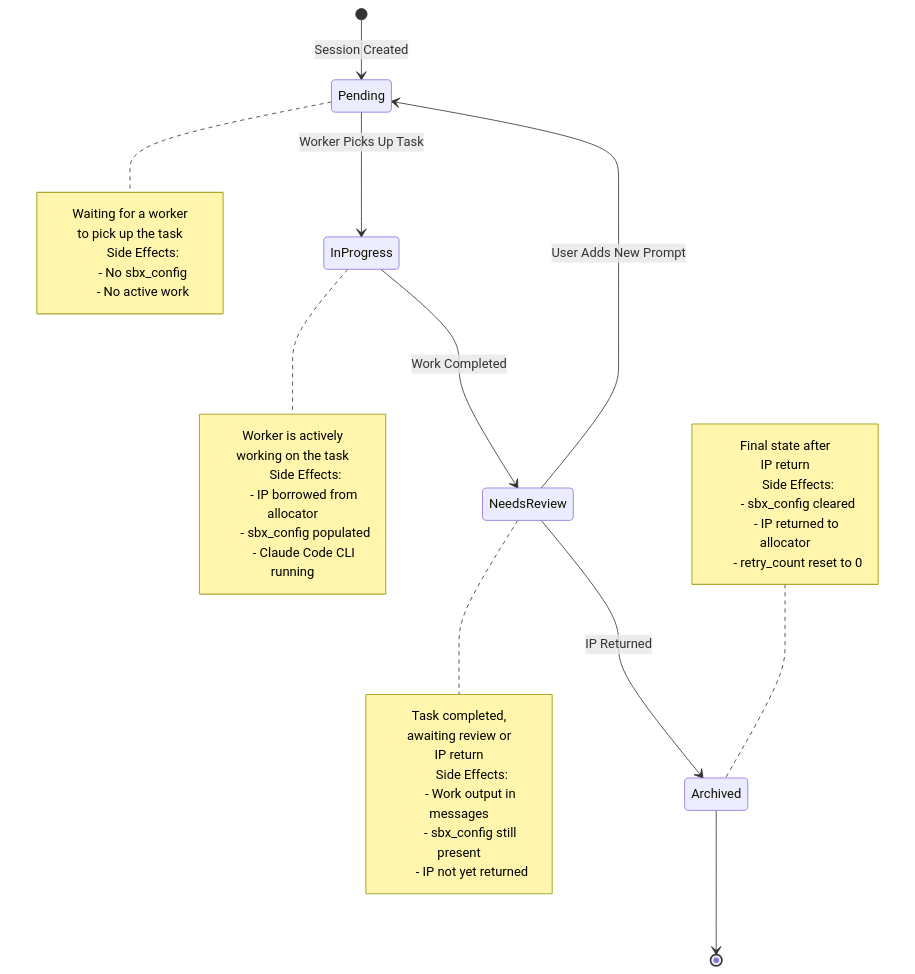
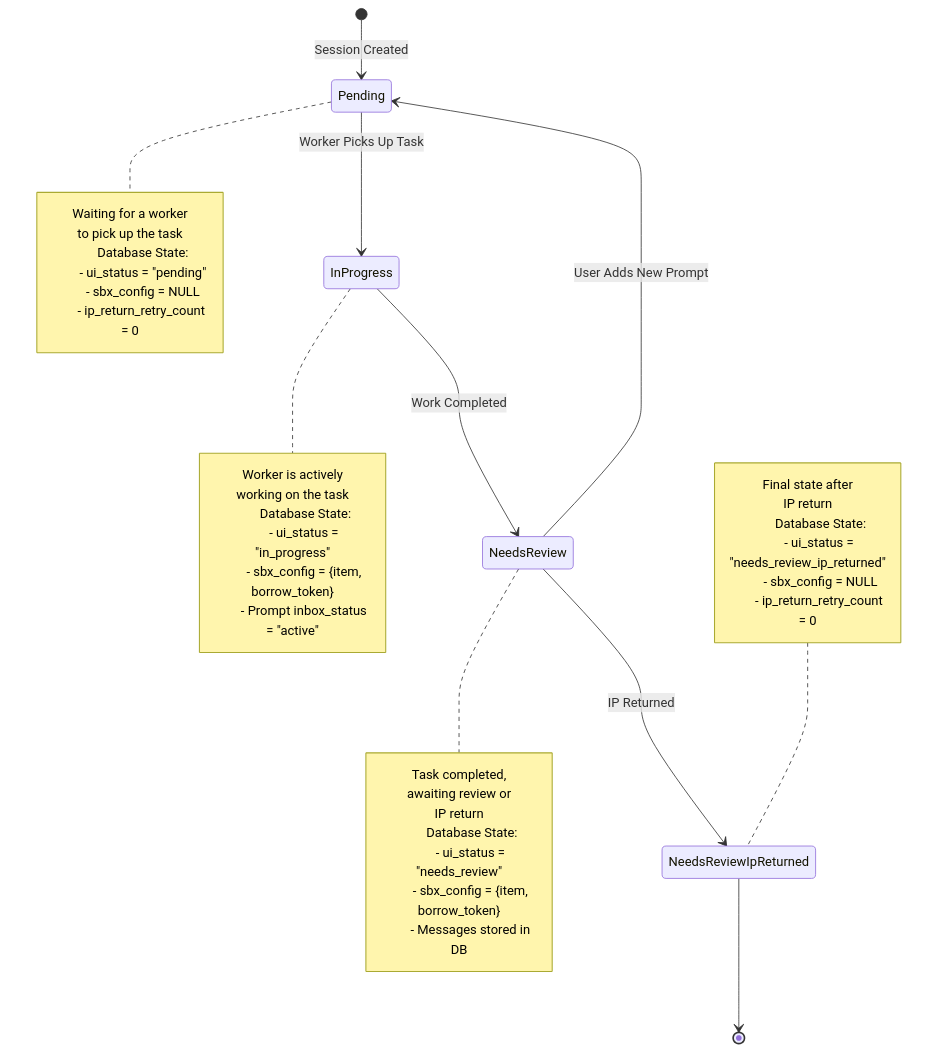
Before and after one commit to r33drichards/prompt-backend: the diagram in docs/UI_STATUS_STATE_MACHINE.md, drawn with Mermaid. The commit also changed other lines of this file, not shown here.

First line of the commit message:
docs: update UI_STATUS_STATE_MACHINE.md with current implementation

````diff
--- a/docs/UI_STATUS_STATE_MACHINE.md
+++ b/docs/UI_STATUS_STATE_MACHINE.md
@@ -7,50 +7,51 @@
 ```mermaid
 stateDiagram-v2
     [*] --> Pending: Session Created
 
     Pending --> InProgress: Worker Picks Up Task
     InProgress --> NeedsReview: Work Completed
     NeedsReview --> Pending: User Adds New Prompt
-    NeedsReview --> Archived: IP Returned
-    Archived --> [*]
-
+    NeedsReview --> NeedsReviewIpReturned: IP Returned
+    NeedsReviewIpReturned --> [*]
+    
     note right of Pending
         Waiting for a worker
         to pick up the task
 
-        Side Effects:
-        - No sbx_config
-        - No active work
+        Database State:
+        - ui_status = "pending"
+        - sbx_config = NULL
+        - ip_return_retry_count = 0
     end note
 
     note right of InProgress
         Worker is actively
         working on the task
 
-        Side Effects:
-        - IP borrowed from allocator
-        - sbx_config populated
-        - Claude Code CLI running
+        Database State:
+        - ui_status = "in_progress"
+        - sbx_config = {item, borrow_token}
+        - Prompt inbox_status = "active"
     end note
 
     note right of NeedsReview
         Task completed,
         awaiting review or
         IP return
 
-        Side Effects:
-        - Work output in messages
-        - sbx_config still present
-        - IP not yet returned
+        Database State:
+        - ui_status = "needs_review"
+        - sbx_config = {item, borrow_token}
+        - Messages stored in DB
     end note
 
-    note left of Archived
+    note left of NeedsReviewIpReturned
         Final state after
         IP return
 
-        Side Effects:
-        - sbx_config cleared
-        - IP returned to allocator
-        - retry_count reset to 0
+        Database State:
+        - ui_status = "needs_review_ip_returned"
+        - sbx_config = NULL
+        - ip_return_retry_count = 0
     end note
 ```
````
